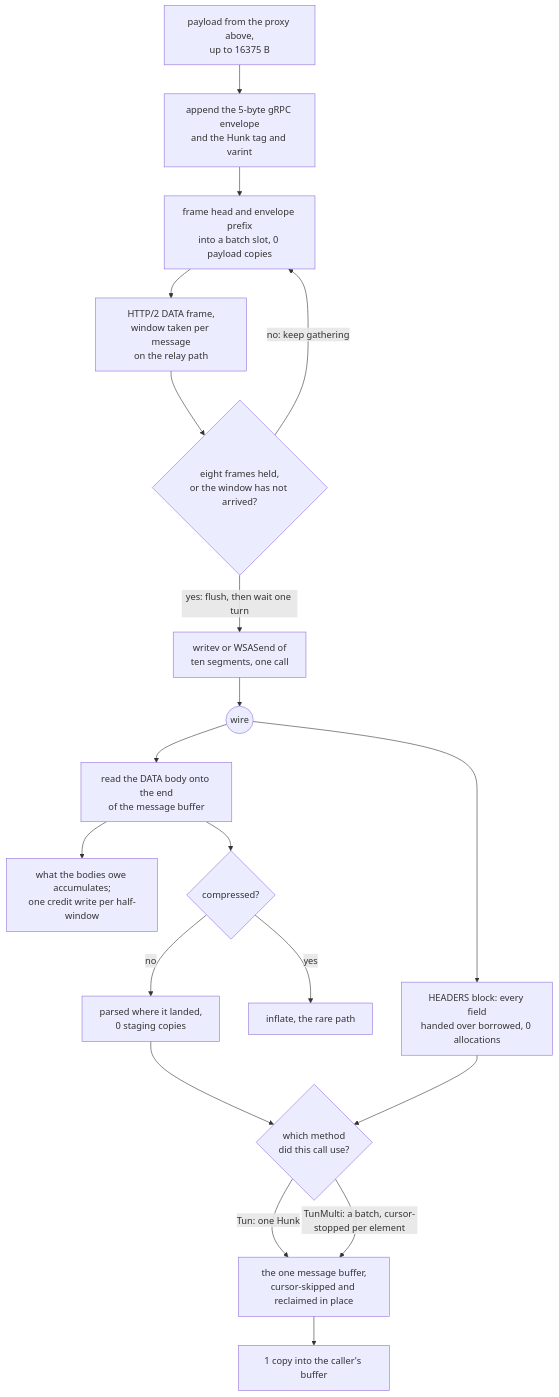
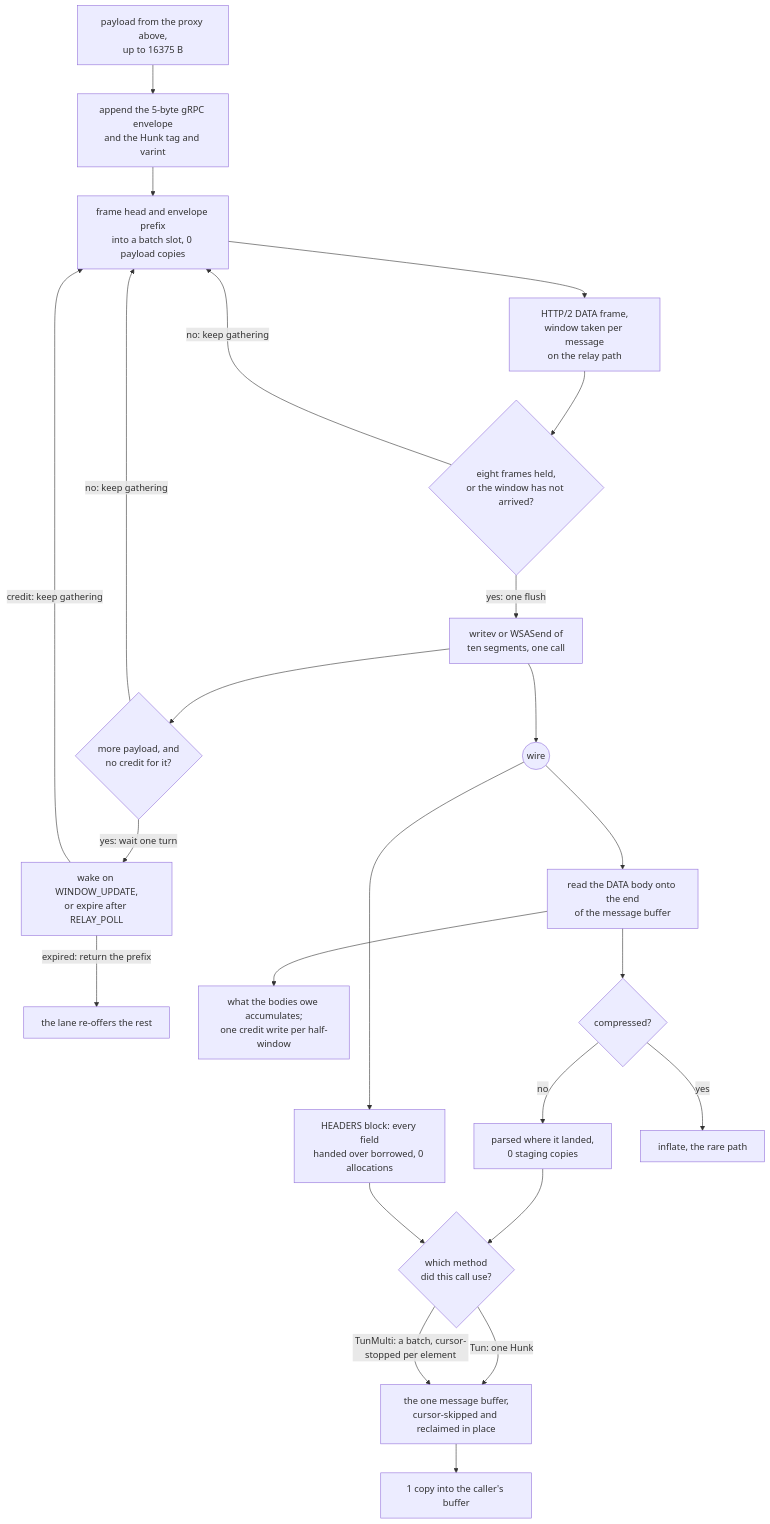
Before and after one commit to Ferrocite/ferrox: the diagram in docs/function/carrier-grpc.md, drawn with Mermaid. The commit also changed other lines of this file, not shown here.

Commit message:
docs: state the partial-flush result and wait after the write (#669)

````diff
--- a/docs/function/carrier-grpc.md
+++ b/docs/function/carrier-grpc.md
@@ -17,21 +17,26 @@
 ```mermaid
 graph TD
     A["payload from the proxy above,<br/>up to 16375 B"] --> B["append the 5-byte gRPC envelope<br/>and the Hunk tag and varint"]
     B --> C["frame head and envelope prefix<br/>into a batch slot, 0 payload copies"]
     C --> D["HTTP/2 DATA frame,<br/>window taken per message<br/>on the relay path"]
     D --> P{"eight frames held,<br/>or the window has not arrived?"}
     P -- "no: keep gathering" --> C
-    P -- "yes: flush, then wait one turn" --> Q["writev or WSASend of<br/>ten segments, one call"]
+    P -- "yes: one flush" --> Q["writev or WSASend of<br/>ten segments, one call"]
+    Q --> W{"more payload, and<br/>no credit for it?"}
+    W -- "no: keep gathering" --> C
+    W -- "yes: wait one turn" --> X["wake on WINDOW_UPDATE,<br/>or expire after RELAY_POLL"]
+    X -- "credit: keep gathering" --> C
+    X -- "expired: return the prefix" --> Y["the lane re-offers the rest"]
     Q --> E(("wire"))
     E --> F["read the DATA body onto the end<br/>of the message buffer"]
     E --> L["HEADERS block: every field<br/>handed over borrowed, 0 allocations"]
     F --> N["what the bodies owe accumulates;<br/>one credit write per half-window"]
     F --> G{"compressed?"}
     G -- no --> H["parsed where it landed,<br/>0 staging copies"]
     G -- yes --> I["inflate, the rare path"]
     H --> M{"which method<br/>did this call use?"}
     L --> M
     M -- "Tun: one Hunk" --> J
     M -- "TunMulti: a batch, cursor-stopped per element" --> J["the one message buffer,<br/>cursor-skipped and reclaimed in place"]
     J --> K["1 copy into the caller's buffer"]
 ```
````
